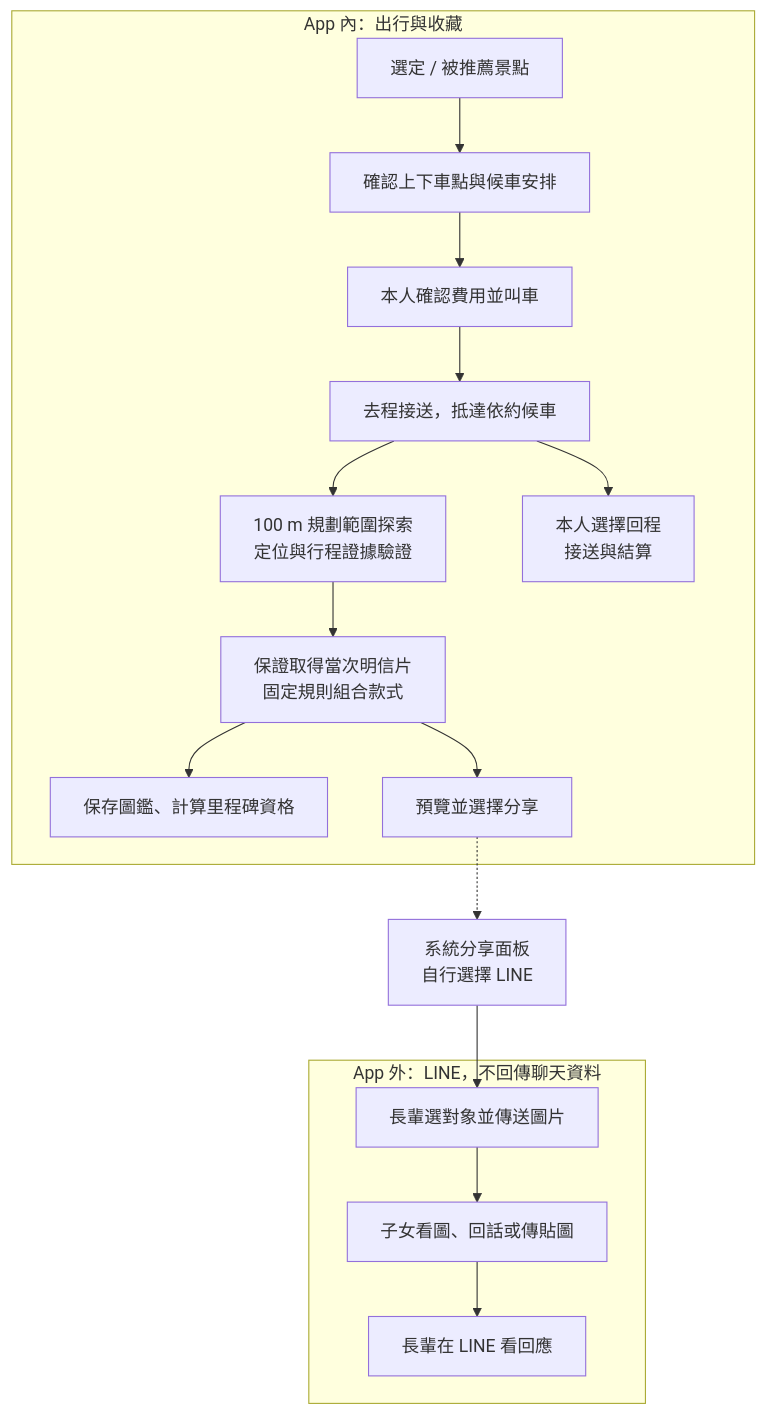
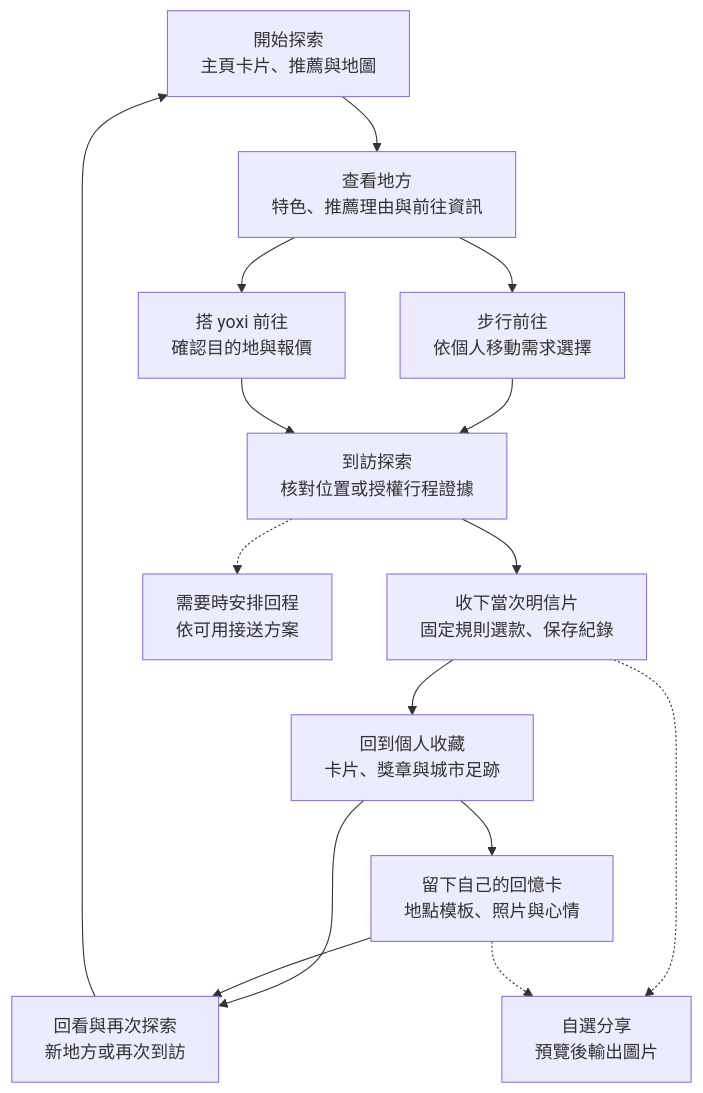
One commit to Ricky610329/Yoxi_app_design changed the diagram in pitch/writing/02-flow-design.md. Above: the diagram before and after it, drawn with Mermaid. The commit also changed other lines of this file and 22 other files, not shown here.

Commit message:
重寫遊喜樂方案與圖解，以探索出行收藏串起服務價值

````diff
--- a/pitch/writing/02-flow-design.md
+++ b/pitch/writing/02-flow-design.md
@@ -19,22 +13,28 @@
 ```mermaid
-flowchart TD
-  subgraph APP["App 內：出行與收藏"]
-    A["選定 / 被推薦景點"] --> B["確認上下車點與候車安排"]
-    B --> C["本人確認費用並叫車"]
-    C --> D["去程接送，抵達依約候車"]
-    D --> E["100 m 規劃範圍探索<br/>定位與行程證據驗證"]
-    E --> F["保證取得當次明信片<br/>固定規則組合款式"]
-    F --> G["保存圖鑑、計算里程碑資格"]
-    F --> H["預覽並選擇分享"]
-    D --> R["本人選擇回程<br/>接送與結算"]
-  end
-  H -.-> OS["系統分享面板<br/>自行選擇 LINE"]
-  subgraph OUTSIDE["App 外：LINE，不回傳聊天資料"]
-    I["長輩選對象並傳送圖片"]
-    J["子女看圖、回話或傳貼圖"]
-    K["長輩在 LINE 看回應"]
-    I --> J
-    J --> K
-  end
-  OS --> I
+flowchart TB
+  ENTRY["開始探索<br/>主頁卡片、推薦與地圖"]
+  PLACE["查看地方<br/>特色、推薦理由與前往資訊"]
+  WALK["步行前往<br/>依個人移動需求選擇"]
+  RIDE["搭 yoxi 前往<br/>確認目的地與報價"]
+  ARRIVE["到訪探索<br/>核對位置或授權行程證據"]
+  CARD["收下當次明信片<br/>固定規則選款、保存紀錄"]
+  ALBUM["回到個人收藏<br/>卡片、獎章與城市足跡"]
+  MEMORY["留下自己的回憶卡<br/>地點模板、照片與心情"]
+  NEXT["回看與再次探索<br/>新地方或再次到訪"]
+  RETURN["需要時安排回程<br/>依可用接送方案"]
+  SHARE["自選分享<br/>預覽後輸出圖片"]
+  ENTRY --> PLACE
+  PLACE --> WALK
+  PLACE --> RIDE
+  WALK --> ARRIVE
+  RIDE --> ARRIVE
+  ARRIVE --> CARD
+  CARD --> ALBUM
+  ALBUM --> MEMORY
+  ALBUM --> NEXT
+  MEMORY --> NEXT
+  NEXT --> ENTRY
+  ARRIVE -.-> RETURN
+  CARD -.-> SHARE
+  MEMORY -.-> SHARE
 ```
````
